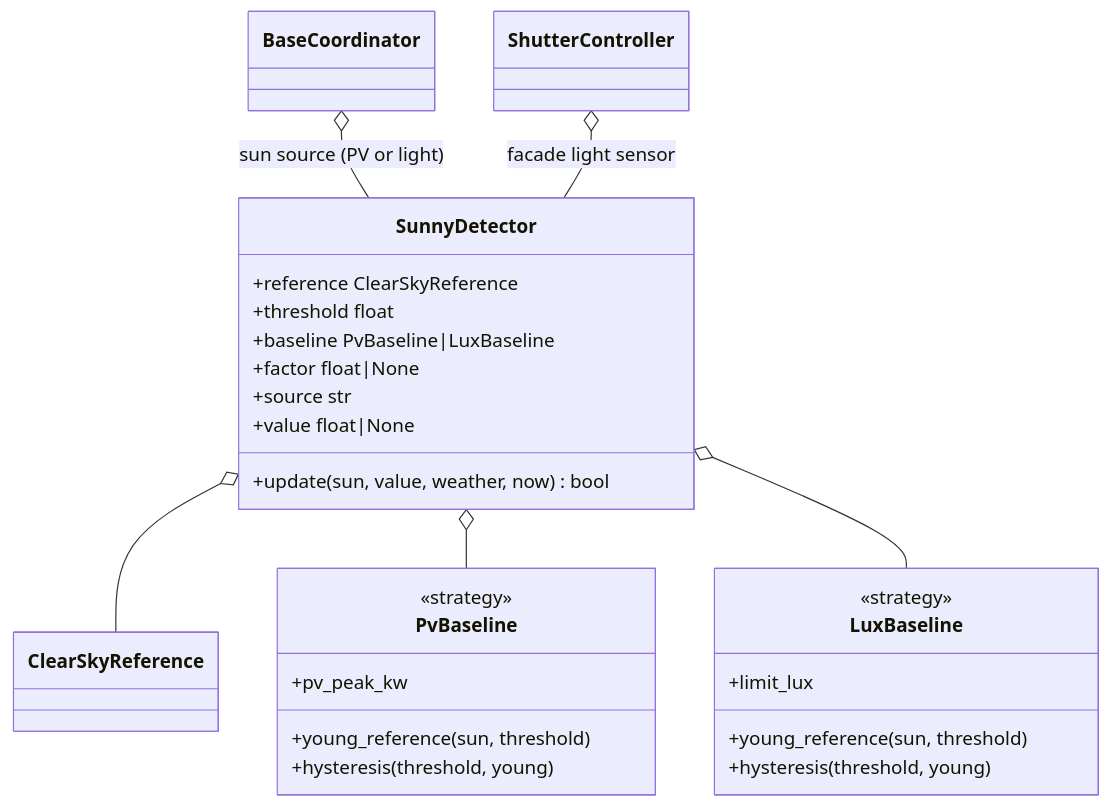
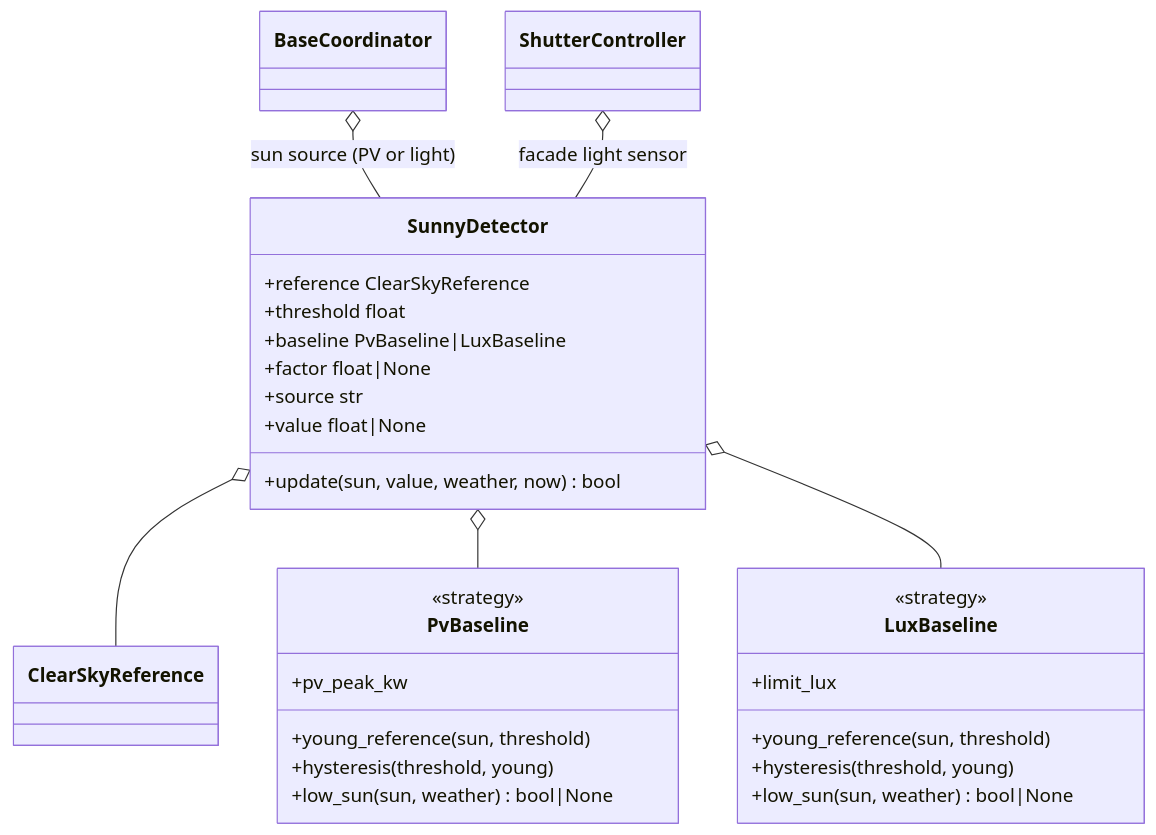
Diagram 22 of 47 in docs/architecture.md (abroeders/smart-shutter-control), drawn with Mermaid before and after one commit. The commit also changed other lines of this file and 18 other files, not shown here.

````diff
--- a/docs/architecture.md
+++ b/docs/architecture.md
@@ -827,29 +873,31 @@
 ```mermaid
 classDiagram
     class SunnyDetector {
         +reference ClearSkyReference
         +threshold float
         +baseline PvBaseline|LuxBaseline
         +update(sun, value, weather, now) bool
         +factor float|None
         +source str
         +value float|None
     }
     class PvBaseline {
         <<strategy>>
         +pv_peak_kw
         +young_reference(sun, threshold)
         +hysteresis(threshold, young)
+        +low_sun(sun, weather) bool|None
     }
     class LuxBaseline {
         <<strategy>>
         +limit_lux
         +young_reference(sun, threshold)
         +hysteresis(threshold, young)
+        +low_sun(sun, weather) bool|None
     }
     SunnyDetector o-- ClearSkyReference
     SunnyDetector o-- PvBaseline
     SunnyDetector o-- LuxBaseline
     BaseCoordinator o-- SunnyDetector : sun source (PV or light)
     ShutterController o-- SunnyDetector : facade light sensor
 ```
````
